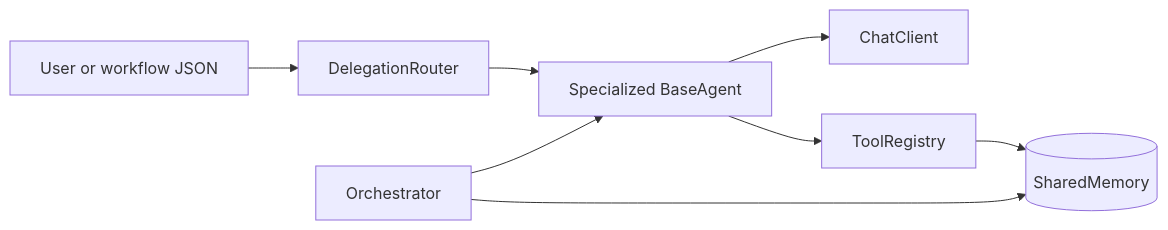
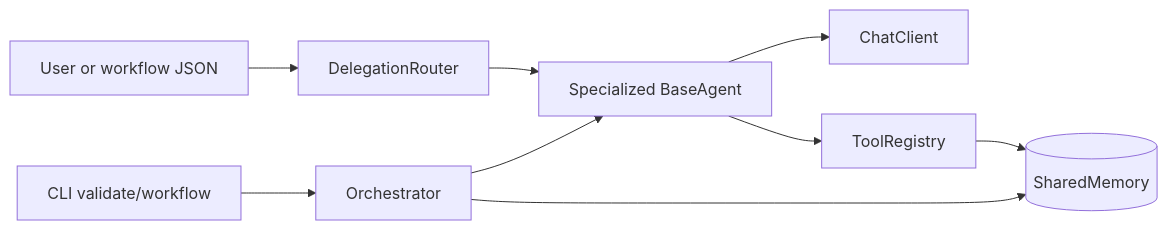
Before and after one commit to VenkataVardineni/multi-agent-ai-system: the diagram in README.md, drawn with Mermaid. The commit also changed other lines of this file, not shown here.

````diff
--- a/README.md
+++ b/README.md
@@ -60,10 +87,11 @@
 ```mermaid
 flowchart LR
   User[User or workflow JSON] --> Router[DelegationRouter]
   Router --> Agent[Specialized BaseAgent]
   Agent --> LLM[ChatClient]
   Agent --> Tools[ToolRegistry]
   Tools --> Mem[(SharedMemory)]
   Orchestrator[Orchestrator] --> Agent
   Orchestrator --> Mem
+  CLI[CLI validate/workflow] --> Orchestrator
 ```
````
